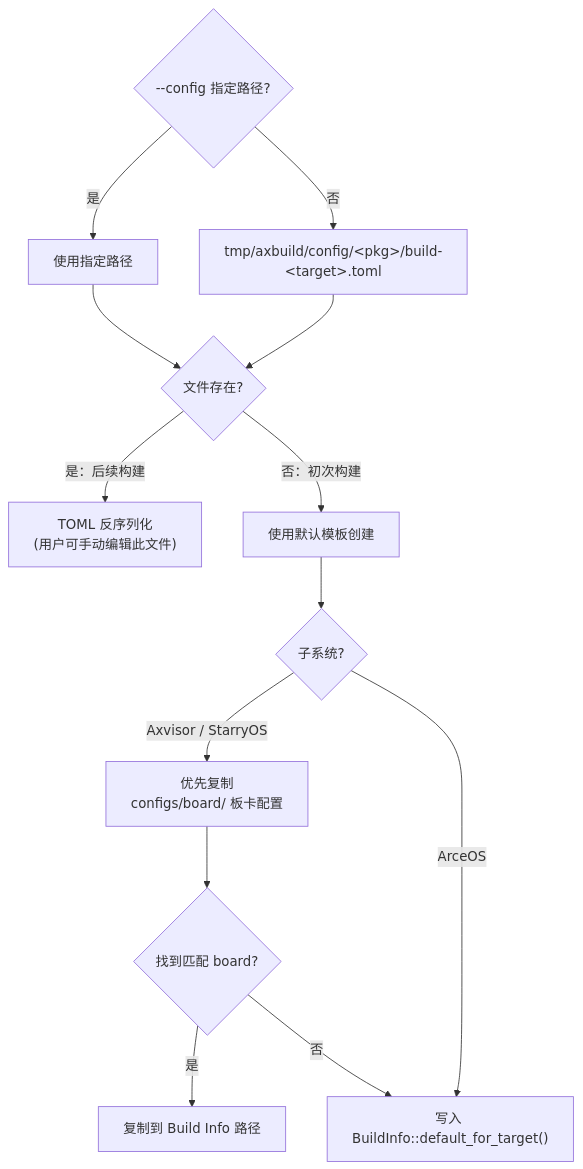
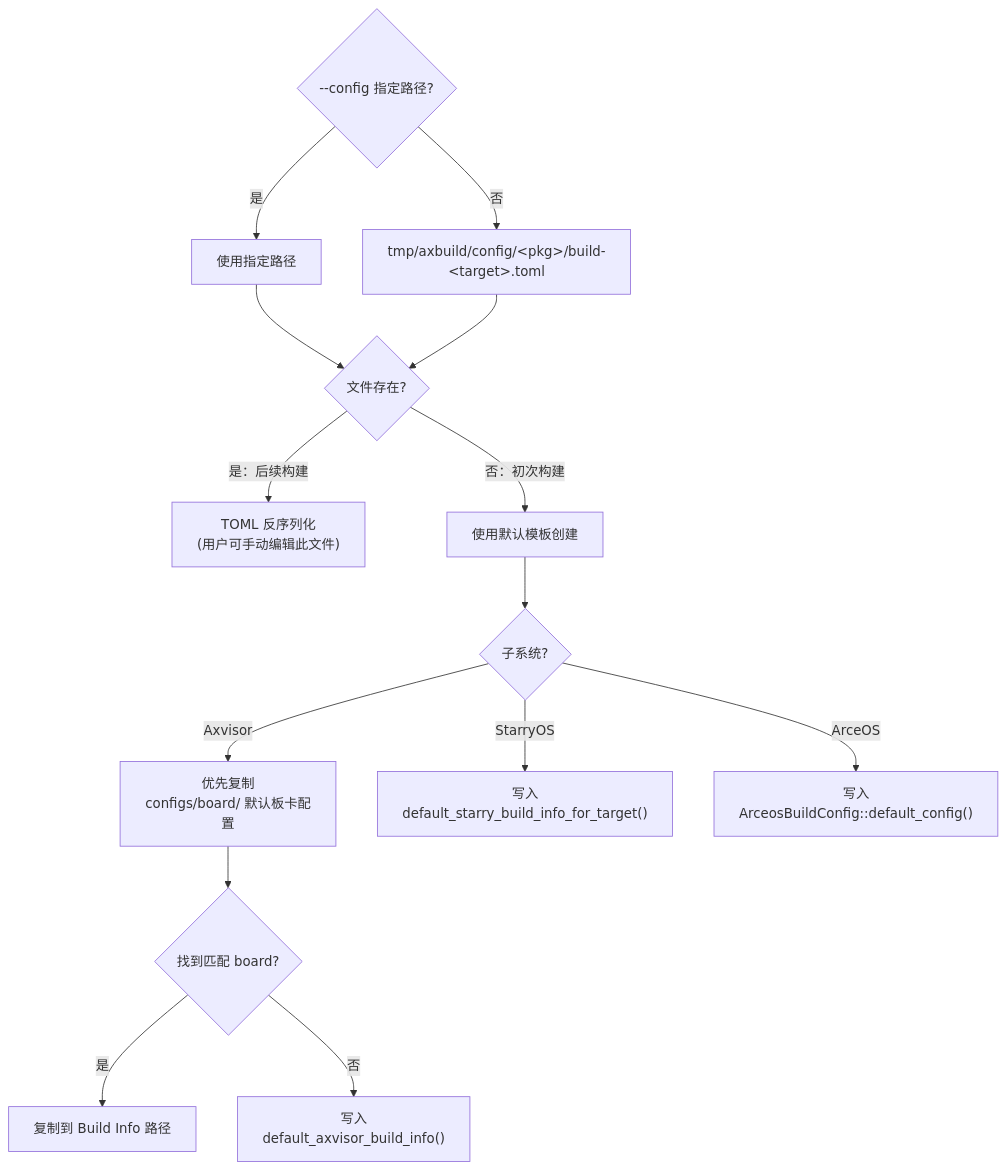
The third of 8 diagrams in docs/docs/build/build.md (rcore-os/tgoskits), drawn with Mermaid before and after one commit. The commit also changed other lines of this file and 8 other files, not shown here.

````diff
--- a/docs/docs/build/build.md
+++ b/docs/docs/build/build.md
@@ -101,15 +102,16 @@
 ```mermaid
 flowchart TD
     A{--config 指定路径?} -->|是| B[使用指定路径]
     A -->|否| C["tmp/axbuild/config/&lt;pkg&gt;/build-&lt;target&gt;.toml"]
     B --> D{文件存在?}
     C --> D
     D -->|是：后续构建| E["TOML 反序列化<br/>(用户可手动编辑此文件)"]
     D -->|否：初次构建| F["使用默认模板创建"]
     F --> G{子系统?}
-    G -->|Axvisor / StarryOS| H["优先复制<br/>configs/board/ 板卡配置"]
-    G -->|ArceOS| I["写入 BuildInfo::default_for_target()"]
+    G -->|Axvisor| H["优先复制<br/>configs/board/ 默认板卡配置"]
+    G -->|StarryOS| S["写入<br/>default_starry_build_info_for_target()"]
+    G -->|ArceOS| I["写入<br/>ArceosBuildConfig::default_config()"]
     H --> J{找到匹配 board?}
     J -->|是| K["复制到 Build Info 路径"]
-    J -->|否| I
+    J -->|否| X["写入<br/>default_axvisor_build_info()"]
 ```
````
